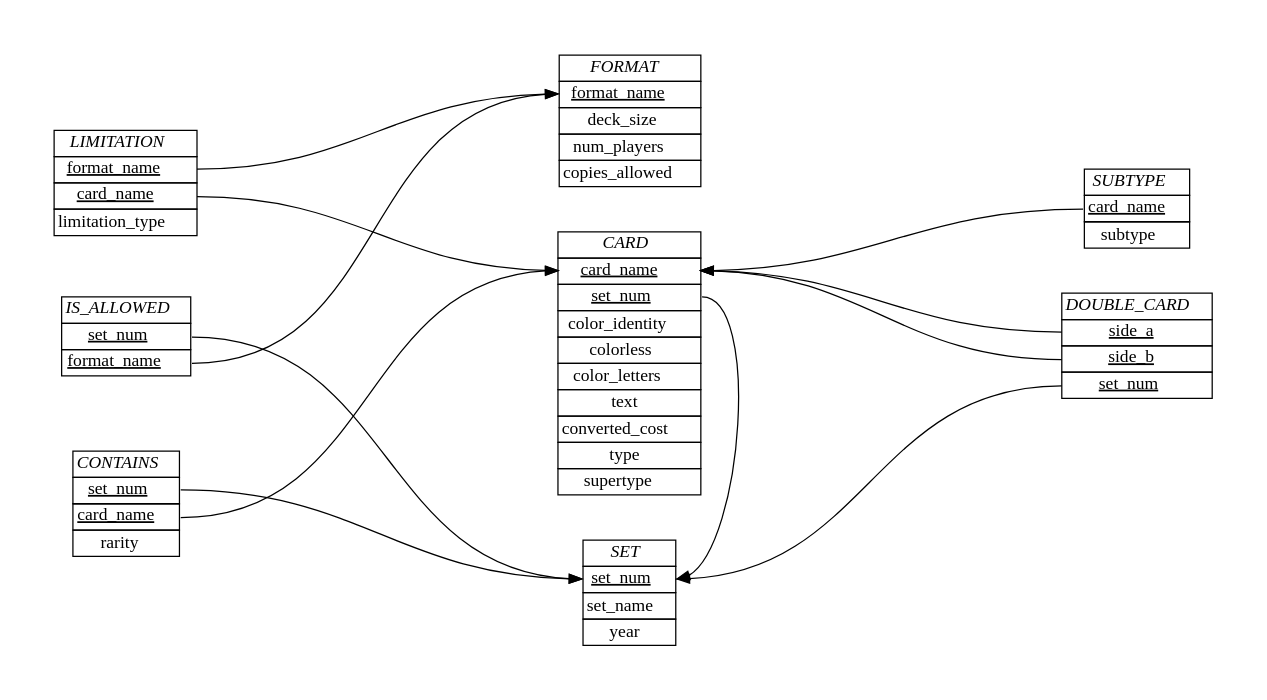
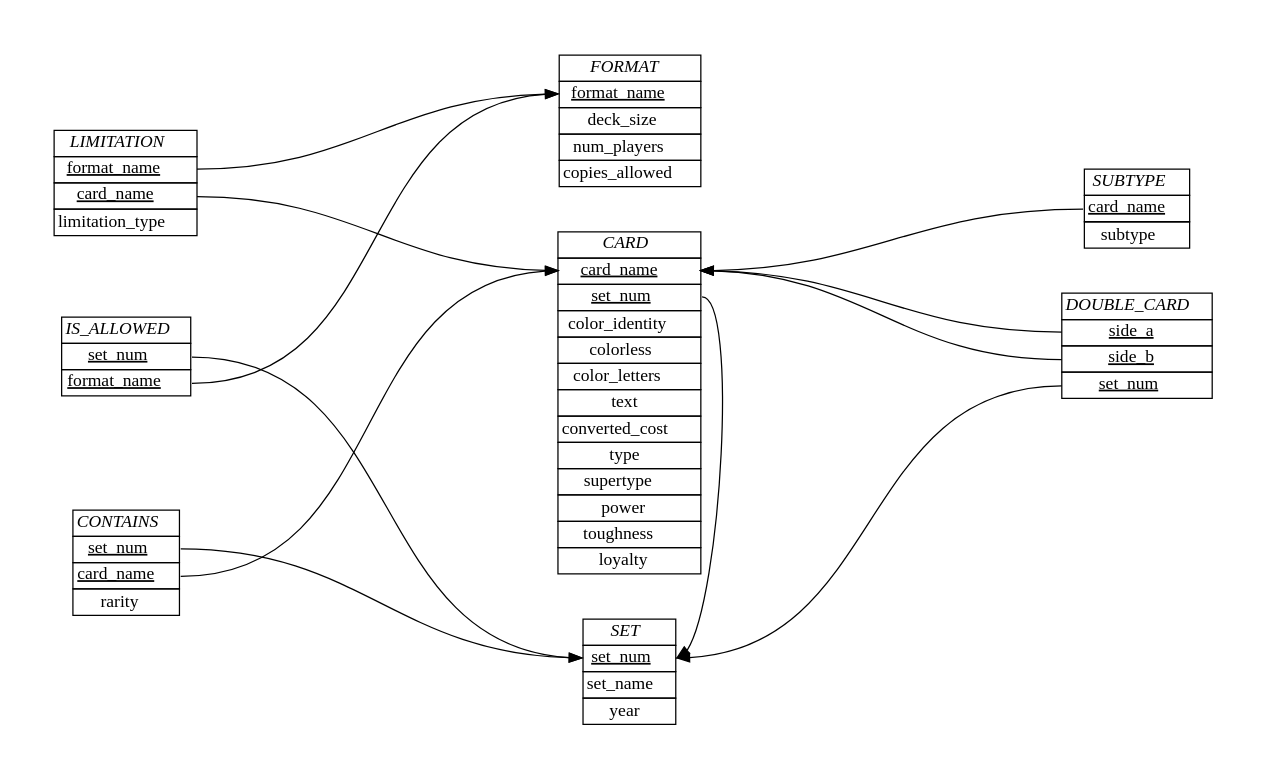
The diagram in schema/ER_diagram.dot (akilmarshall/trumark), drawn with Graphviz before and after one commit. The commit also changed 1 other file, not shown here.

Commit message:
updated schema

```diff
--- a/schema/ER_diagram.dot
+++ b/schema/ER_diagram.dot
@@ -1,103 +1,106 @@
 digraph {
     graph [splines=true, pad="0.5", nodesep="0.5", ranksep="4"];
     node [shape=plain];
     rankdir=LR; 
 
     Format [label=<
         <table border="0" cellborder="1" cellspacing="0">
         <tr><td><i>FORMAT</i></td></tr>
         <tr><td port="1"><u>format_name</u></td></tr>
         <tr><td port="2">deck_size</td></tr>
         <tr><td port="3">num_players</td></tr>
         <tr><td port="4">copies_allowed</td></tr>
         </table>>];
 
     Set [label=<
         <table border="0" cellborder="1" cellspacing="0">
         <tr><td><i>SET</i></td></tr>
         <tr><td port="1"><u><font color="black">set_num</font></u></td></tr>
         <tr><td port="1"><font color="black">set_name</font></td></tr>
         <tr><td port="2">year</td></tr>
         </table>>];
 
     Card [label=<
         <table border="0" cellborder="1" cellspacing="0">
         <tr><td><i>CARD</i></td></tr>
         <tr><td port="1"><u><font color="black">card_name</font></u></td></tr>
         <tr><td port="2">color_identity</td></tr>
         <tr><td port="3">colorless</td></tr>
         <tr><td port="4">color_letters</td></tr>
         <tr><td port="5">text</td></tr>
         <tr><td port="6">converted_cost</td></tr>
         </table>>];
 
     Card [label=<
         <table border="0" cellborder="1" cellspacing="0">
         <tr><td><i>CARD</i></td></tr>
         <tr><td port="1"><u><font color="black">card_name</font></u></td></tr>
         <tr><td port="2"><u><font color="black">set_num</font></u></td></tr>
         <tr><td port="3">color_identity</td></tr>
         <tr><td port="4">colorless</td></tr>
         <tr><td port="5">color_letters</td></tr>
         <tr><td port="6">text</td></tr>
         <tr><td port="7">converted_cost</td></tr>
         <tr><td port="8">type</td></tr>
         <tr><td port="9">supertype</td></tr>
+        <tr><td port="10">power</td></tr>
+        <tr><td port="11">toughness</td></tr>
+        <tr><td port="12">loyalty</td></tr>
         </table>>];
 
     Contains [label=<
         <table border="0" cellborder="1" cellspacing="0">
         <tr><td><i>CONTAINS</i></td></tr>
         <tr><td port="1"><u>set_num</u></td></tr>
         <tr><td port="2"><u>card_name</u></td></tr>
         <tr><td port="3">rarity</td></tr>
         </table>>];
 
     Is_allowed [label=<
         <table border="0" cellborder="1" cellspacing="0">
         <tr><td><i>IS_ALLOWED</i></td></tr>
         <tr><td port="1"><u>set_num</u></td></tr>
         <tr><td port="2"><u>format_name</u></td></tr>
         </table>>];
 
     Double_card [label=<
         <table border="0" cellborder="1" cellspacing="0">
         <tr><td><i>DOUBLE_CARD</i></td></tr>
         <tr><td port="1"><u>side_a</u></td></tr>
         <tr><td port="2"><u>side_b</u></td></tr>
         <tr><td port="3"><u>set_num</u></td></tr>
         </table>>];
 
     Limitation [label=< <table border="0" cellborder="1" cellspacing="0">
     <tr><td><i>LIMITATION</i></td></tr>
     <tr><td port="1"><u>format_name</u></td></tr>
     <tr><td port="2"><u>card_name</u></td></tr>
     <tr><td port="3">limitation_type</td></tr>
     </table>>];
 
     Subtype [label=<
         <table border="0" cellborder="1" cellspacing="0">
         <tr><td><i>SUBTYPE</i></td></tr>
         <tr><td port="1"><u>card_name</u></td></tr>
         <tr><td port="2">subtype</td></tr>
         </table>>];
 
     Is_allowed:1 -> Set:1 [color=black];
     Is_allowed:2 -> Format:1;
 
     Contains:1 -> Set:1 [color=black];
     Contains:2 -> Card:1;
 
     Limitation:1 -> Format:1;
     Limitation:2 -> Card:1;
 
     Card:2 -> Set:1 [constraint=false];
 
     edge [dir="back"];
 
     Card:1 -> Subtype:1 ;
 
     Card:1 -> Double_card:1;
     Card:1 -> Double_card:2;
     Set:1 -> Double_card:3;
 }
```
